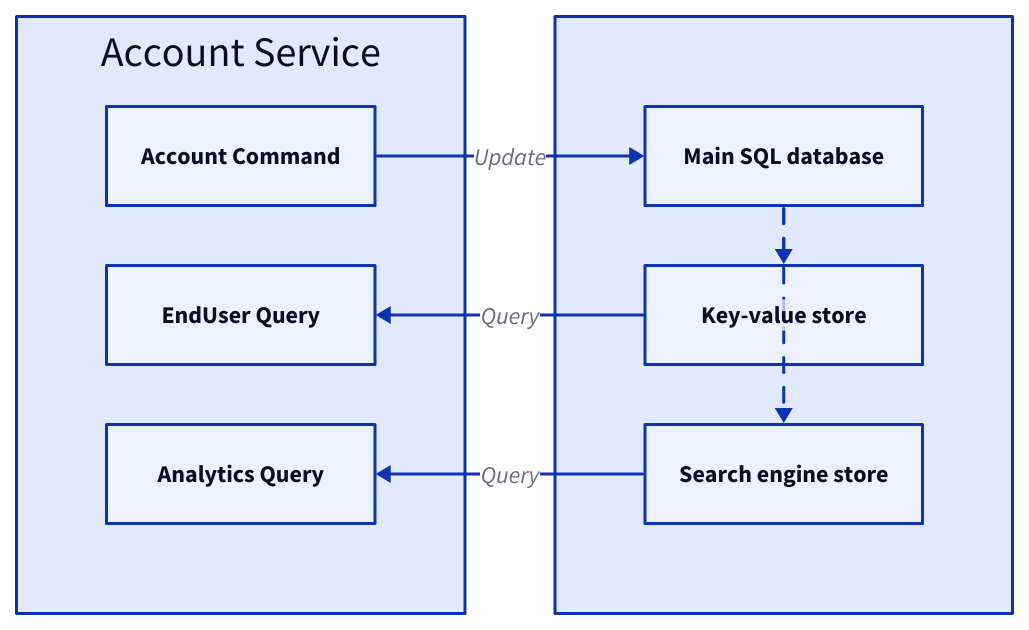
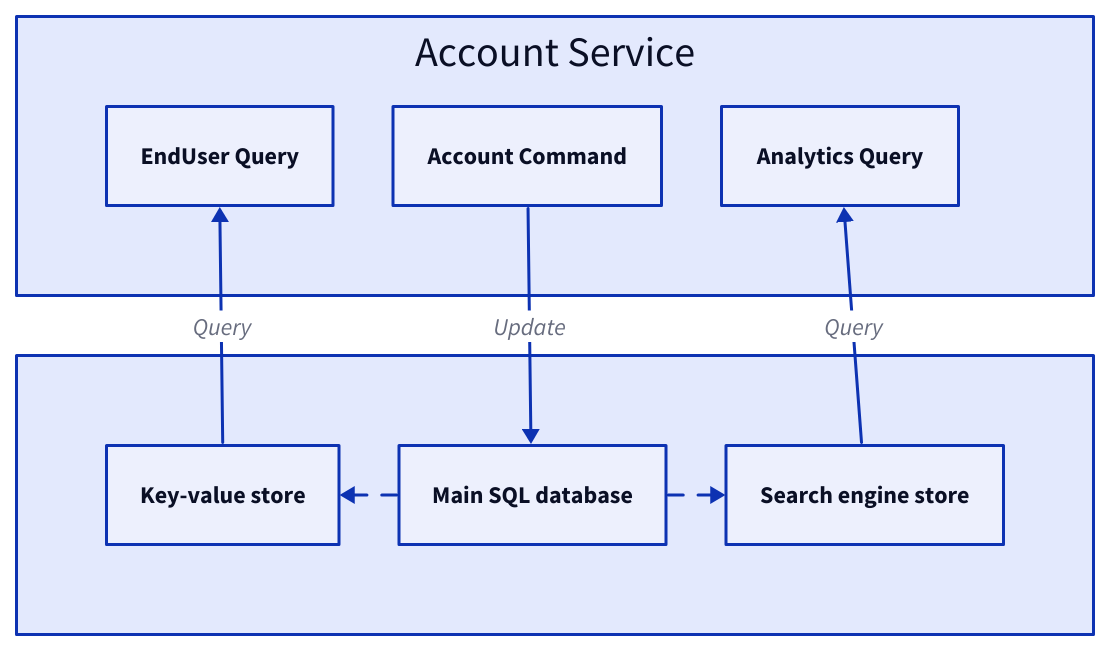
Before and after one commit to link1905/system-design-101: diagram 16 of 17 in content/docs/design-patterns/event-driven-architecture/event-sourcing.md, drawn with D2. The commit also changed other lines of this file and 11 other files, not shown here.

````diff
--- a/content/docs/design-patterns/event-driven-architecture/event-sourcing.md
+++ b/content/docs/design-patterns/event-driven-architecture/event-sourcing.md
@@ -658,36 +598,36 @@
 ```d2
+grid-rows: 2
 s: "Account Service" {
-    grid-rows: 3
-    acc: Account Command {
+    grid-columns: 3
+    e: EndUser Query {
         class: process
     }
-    e: EndUser Query {
+    acc: Account Command {
         class: process
     }
     a: Analytics Query {
         class: process
     }
 }
 db: "" {
-    grid-rows: 3
+    grid-columns: 3
+    kv: Key-value store {
+        class: cache
+    }
     main: Main SQL database {
         class: db
-    }
-    kv: Key-value store {
-        class: cache
     }
     g: Search engine store {
         class: se
     }
     main -> kv {
         style.animated: true
     }
     main -> g {
         style.animated: true
     }
 }
-
 s.acc -> db.main: Update
 s.e <- db.kv: Query
 s.a <- db.g: Query
 ```
````
